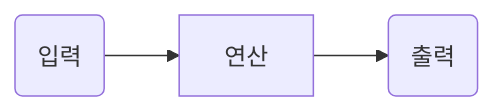
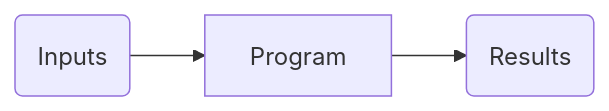
Before and after one commit to jamangstangs/jamangstangs.github.io: the first of 4 diagrams in _posts/2021-01-01-Practical Deep Learning for Coders.md, drawn with Mermaid. The commit also changed other lines of this file and 8 other files, not shown here.

````diff
--- a/_posts/2021-01-01-Practical Deep Learning for Coders.md
+++ b/_posts/2021-01-01-Practical Deep Learning for Coders.md
@@ -21,5 +19,5 @@
 ```mermaid
 graph LR
-A(입력)-->B[연산]
-B-->C(출력)
+A(Inputs)-->B[Program]
+B-->C(Results)
 ```
````
